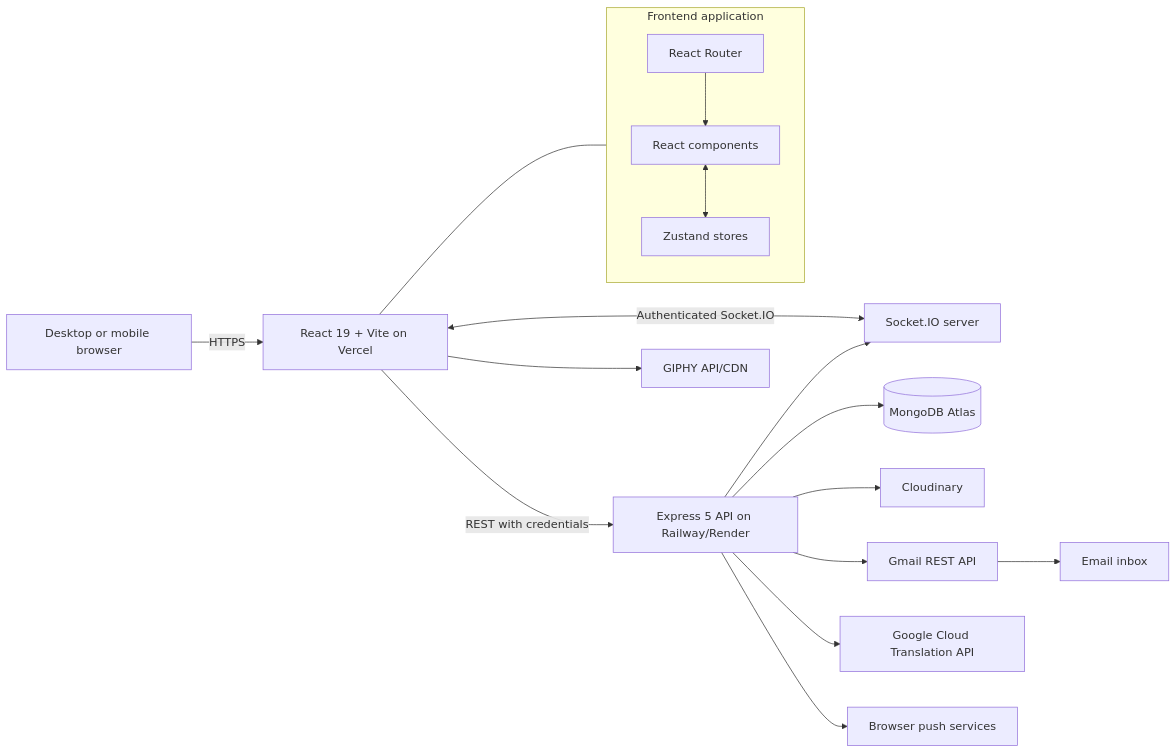
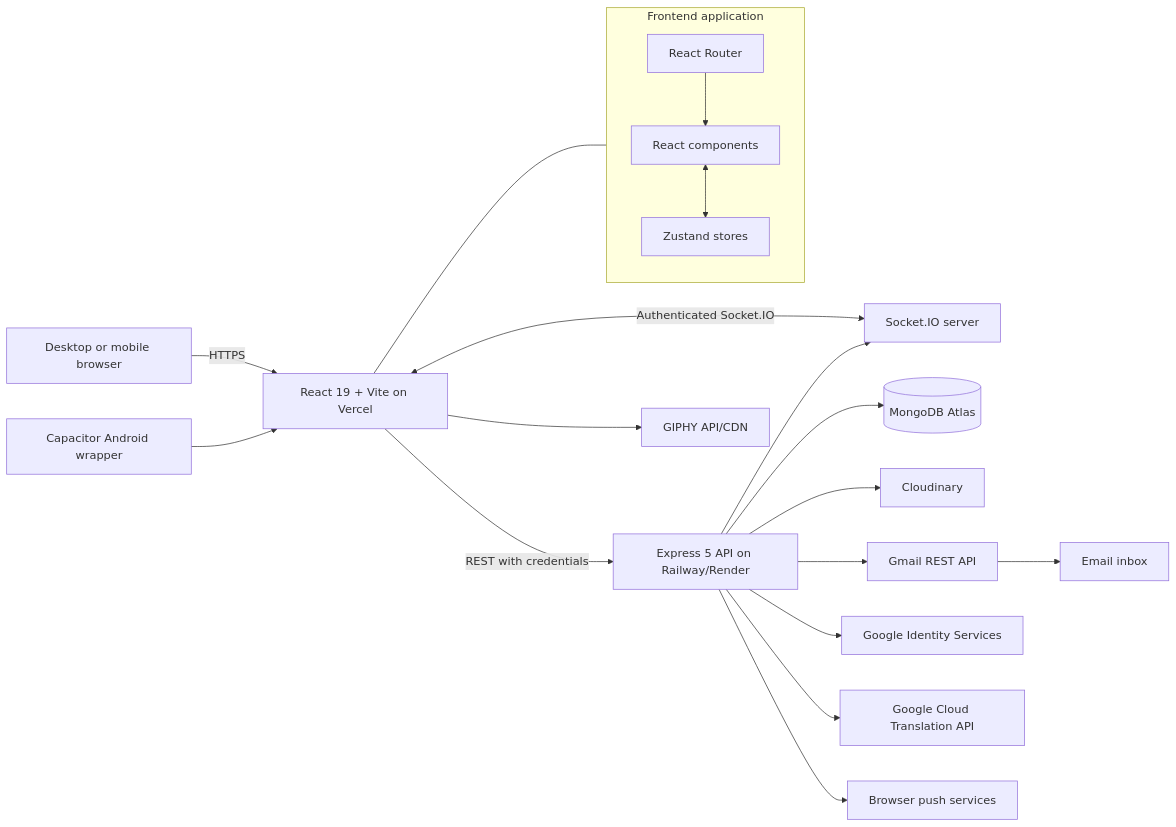
The first of 7 diagrams in docs/02-system-architecture.md (Saurav11343/click-chat), drawn with Mermaid before and after one commit. The commit also changed other lines of this file and 11 other files, not shown here.

Commit message:
update diagrams

````diff
--- a/docs/02-system-architecture.md
+++ b/docs/02-system-architecture.md
@@ -5,24 +5,26 @@
 ```mermaid
 flowchart LR
     U["Desktop or mobile browser"] -->|"HTTPS"| V["React 19 + Vite on Vercel"]
     V -->|"REST with credentials"| E["Express 5 API on Railway/Render"]
     V <-->|"Authenticated Socket.IO"| S["Socket.IO server"]
     E --> M[("MongoDB Atlas")]
     E --> C["Cloudinary"]
     E --> G["Gmail REST API"]
+    E --> O["Google Identity Services"]
     E --> T["Google Cloud Translation API"]
     E --> P["Browser push services"]
     V --> Y["GIPHY API/CDN"]
+    A["Capacitor Android wrapper"] --> V
     G --> I["Email inbox"]
     E --> S
 
     subgraph Client["Frontend application"]
       R["React Router"]
       Z["Zustand stores"]
       UI["React components"]
       R --> UI
       UI <--> Z
     end
 
     V --- Client
 ```
````
